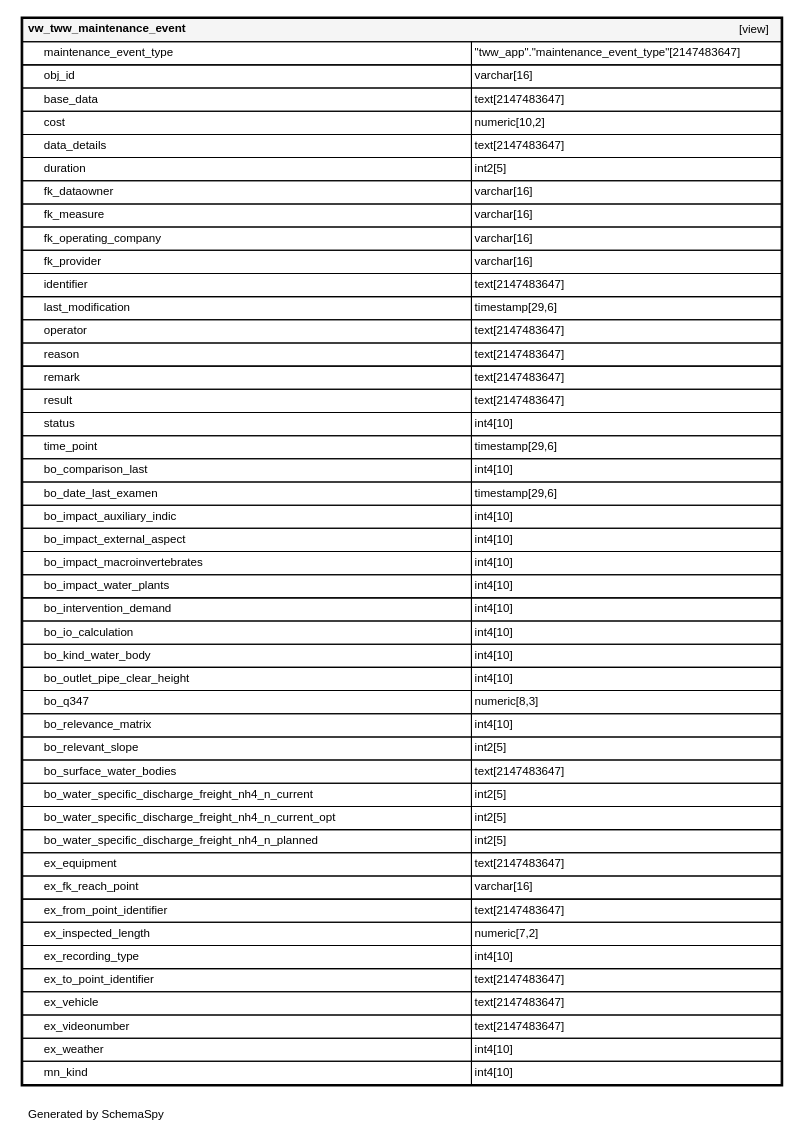
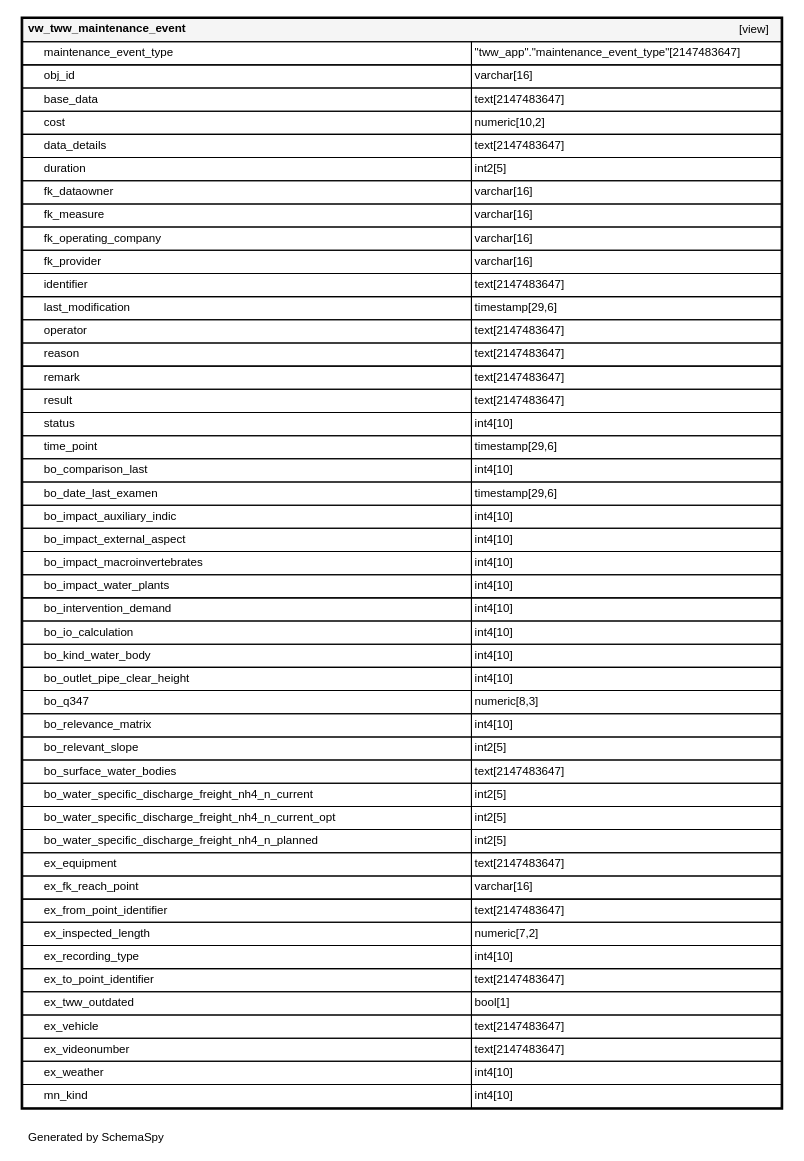
Before and after one commit to teksi/wastewater: the diagram in de/_static/datamodel/tww_app/diagrams/tables/vw_tww_maintenance_event.1degree.dot, drawn with Graphviz. The commit also changed 277 other files, not shown here.

```diff
--- a/de/_static/datamodel/tww_app/diagrams/tables/vw_tww_maintenance_event.1degree.dot
+++ b/de/_static/datamodel/tww_app/diagrams/tables/vw_tww_maintenance_event.1degree.dot
@@ -45,6 +45,7 @@
       <TR><TD PORT="ex_inspected_length" COLSPAN="2" ALIGN="LEFT"><TABLE BORDER="0" CELLSPACING="0" ALIGN="LEFT"><TR ALIGN="LEFT"><TD ALIGN="LEFT" FIXEDSIZE="TRUE" WIDTH="15" HEIGHT="16"></TD><TD ALIGN="LEFT" FIXEDSIZE="TRUE" WIDTH="405" HEIGHT="16">ex_inspected_length</TD></TR></TABLE></TD><TD PORT="ex_inspected_length.type" ALIGN="LEFT">numeric[7,2]</TD></TR>
       <TR><TD PORT="ex_recording_type" COLSPAN="2" ALIGN="LEFT"><TABLE BORDER="0" CELLSPACING="0" ALIGN="LEFT"><TR ALIGN="LEFT"><TD ALIGN="LEFT" FIXEDSIZE="TRUE" WIDTH="15" HEIGHT="16"></TD><TD ALIGN="LEFT" FIXEDSIZE="TRUE" WIDTH="405" HEIGHT="16">ex_recording_type</TD></TR></TABLE></TD><TD PORT="ex_recording_type.type" ALIGN="LEFT">int4[10]</TD></TR>
       <TR><TD PORT="ex_to_point_identifier" COLSPAN="2" ALIGN="LEFT"><TABLE BORDER="0" CELLSPACING="0" ALIGN="LEFT"><TR ALIGN="LEFT"><TD ALIGN="LEFT" FIXEDSIZE="TRUE" WIDTH="15" HEIGHT="16"></TD><TD ALIGN="LEFT" FIXEDSIZE="TRUE" WIDTH="405" HEIGHT="16">ex_to_point_identifier</TD></TR></TABLE></TD><TD PORT="ex_to_point_identifier.type" ALIGN="LEFT">text[2147483647]</TD></TR>
+      <TR><TD PORT="ex_tww_outdated" COLSPAN="2" ALIGN="LEFT"><TABLE BORDER="0" CELLSPACING="0" ALIGN="LEFT"><TR ALIGN="LEFT"><TD ALIGN="LEFT" FIXEDSIZE="TRUE" WIDTH="15" HEIGHT="16"></TD><TD ALIGN="LEFT" FIXEDSIZE="TRUE" WIDTH="405" HEIGHT="16">ex_tww_outdated</TD></TR></TABLE></TD><TD PORT="ex_tww_outdated.type" ALIGN="LEFT">bool[1]</TD></TR>
       <TR><TD PORT="ex_vehicle" COLSPAN="2" ALIGN="LEFT"><TABLE BORDER="0" CELLSPACING="0" ALIGN="LEFT"><TR ALIGN="LEFT"><TD ALIGN="LEFT" FIXEDSIZE="TRUE" WIDTH="15" HEIGHT="16"></TD><TD ALIGN="LEFT" FIXEDSIZE="TRUE" WIDTH="405" HEIGHT="16">ex_vehicle</TD></TR></TABLE></TD><TD PORT="ex_vehicle.type" ALIGN="LEFT">text[2147483647]</TD></TR>
       <TR><TD PORT="ex_videonumber" COLSPAN="2" ALIGN="LEFT"><TABLE BORDER="0" CELLSPACING="0" ALIGN="LEFT"><TR ALIGN="LEFT"><TD ALIGN="LEFT" FIXEDSIZE="TRUE" WIDTH="15" HEIGHT="16"></TD><TD ALIGN="LEFT" FIXEDSIZE="TRUE" WIDTH="405" HEIGHT="16">ex_videonumber</TD></TR></TABLE></TD><TD PORT="ex_videonumber.type" ALIGN="LEFT">text[2147483647]</TD></TR>
       <TR><TD PORT="ex_weather" COLSPAN="2" ALIGN="LEFT"><TABLE BORDER="0" CELLSPACING="0" ALIGN="LEFT"><TR ALIGN="LEFT"><TD ALIGN="LEFT" FIXEDSIZE="TRUE" WIDTH="15" HEIGHT="16"></TD><TD ALIGN="LEFT" FIXEDSIZE="TRUE" WIDTH="405" HEIGHT="16">ex_weather</TD></TR></TABLE></TD><TD PORT="ex_weather.type" ALIGN="LEFT">int4[10]</TD></TR>
```
